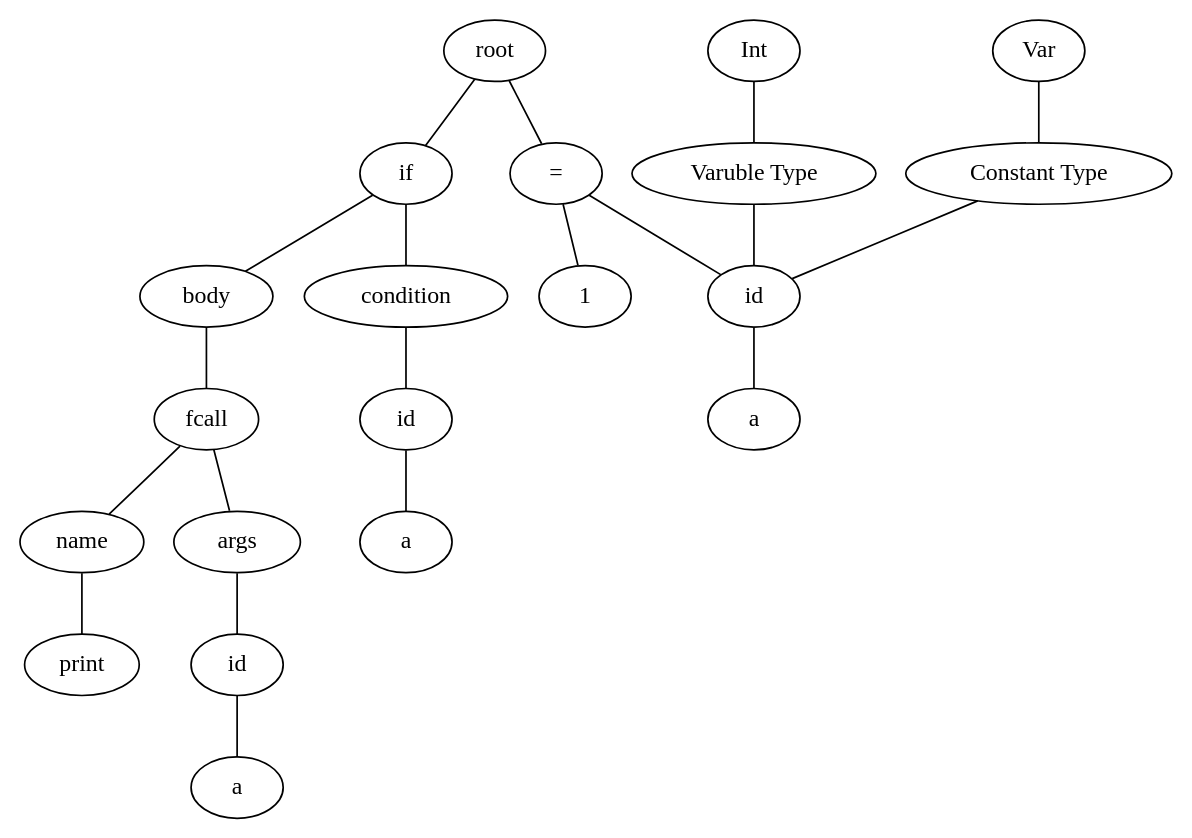
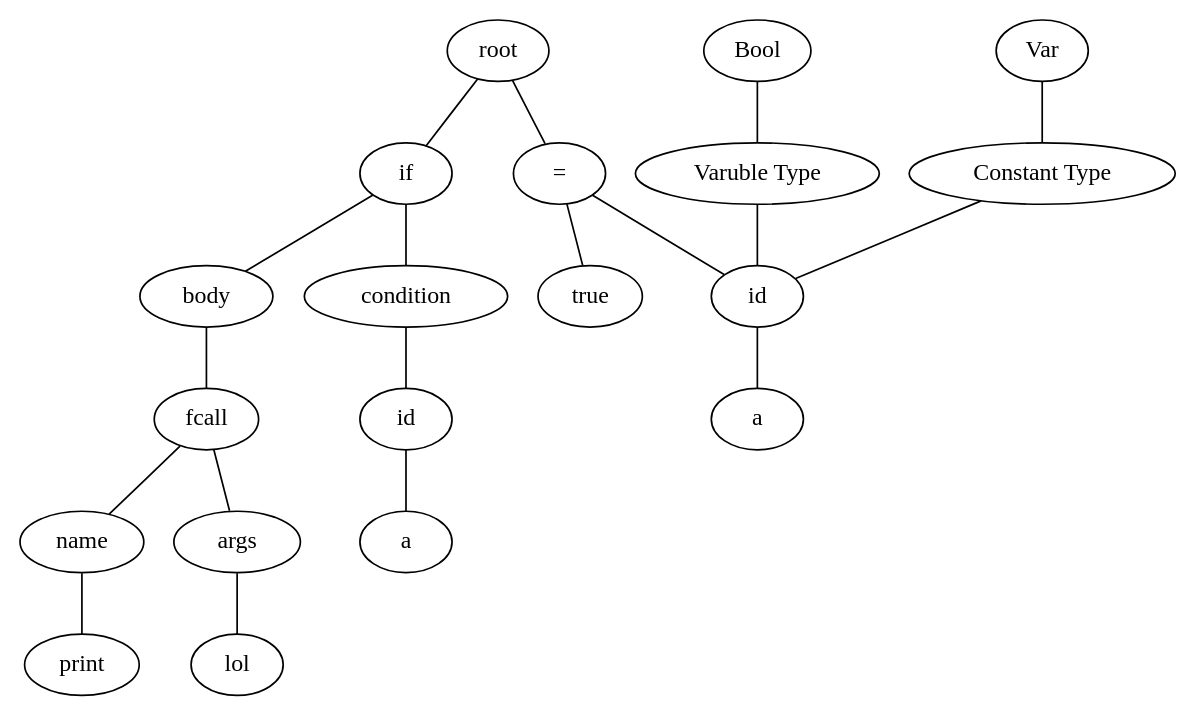
The diagram in build/file.dot (TAIIOK/SwiftCompilerToJavaByteCode), drawn with Graphviz before and after one commit. The commit also changed 7 other files, not shown here.

```diff
--- a/build/file.dot
+++ b/build/file.dot
@@ -1,40 +1,38 @@
 graph graphname {
 root;
 assign0[label = "="];
 root--assign0;
 expr0[label = "id"];
 assign0--expr0;
 type0[label = "Varuble Type"];
 type0--expr0;
-type1[label = "Int"];
+type1[label = "Bool"];
 type1--type0;
 consttype0[label = "Constant Type"];
 consttype0--expr0;
 consttype1[label = "Var"];
 consttype1--consttype0;
 expr1[label = "a"];
 expr0--expr1;
-expr2[label = "1"];
+expr2[label = "true"];
 assign0--expr2;
 if0[label = "if"];
 root--if0;if0condition[label = " condition "];
 if0 -- if0condition;
 expr3[label = "id"];
 if0condition--expr3;
 expr4[label = "a"];
 expr3--expr4;
 if0body[label = " body "];
 if0 -- if0body;
 expr5[label = "fcall"];
 if0body--expr5;
 expr5name[label = "name"];
 expr6[label = "print"];
 expr5name--expr6;
 expr5--expr5name;
 expr5args[label = " args "];
 expr5 -- expr5args;
-expr7[label = "id"];
+expr7[label = "lol"];
 expr5args--expr7;
-expr8[label = "a"];
-expr7--expr8;
 }
```
